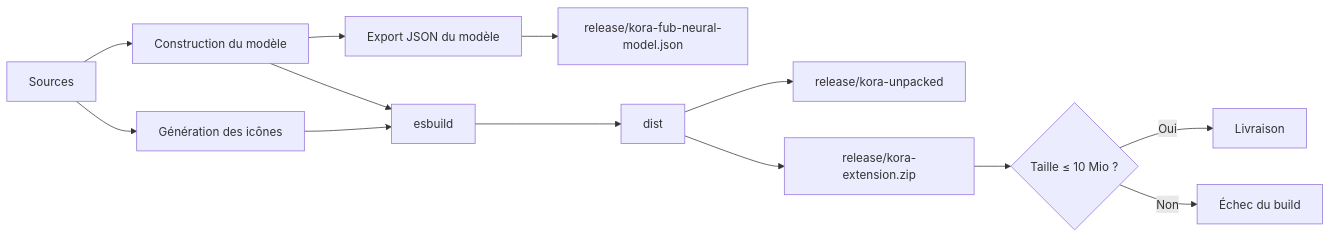
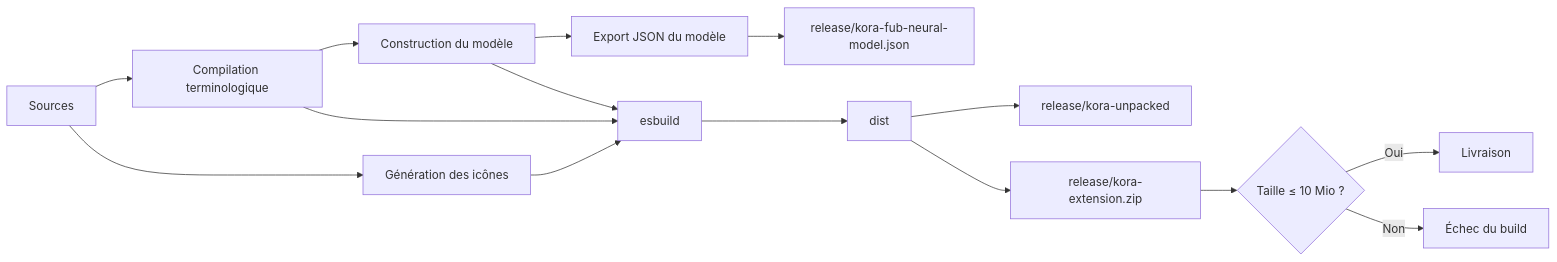
Before and after one commit to kaezerwatto/KORA: the seventh of 7 diagrams in docs/ARCHITECTURE.md, drawn with Mermaid. The commit also changed other lines of this file and 48 other files, not shown here.

````diff
--- a/docs/ARCHITECTURE.md
+++ b/docs/ARCHITECTURE.md
@@ -216,15 +238,17 @@
 ```mermaid
 flowchart LR
-    S[Sources] --> M[Construction du modèle]
+    S[Sources] --> T[Compilation terminologique]
+    T --> M[Construction du modèle]
+    T --> B[esbuild]
     S --> I[Génération des icônes]
     M --> E[Export JSON du modèle]
     M --> B[esbuild]
     I --> B
     B --> D[dist]
     D --> U[release/kora-unpacked]
     D --> Z[release/kora-extension.zip]
     E --> J[release/kora-fub-neural-model.json]
     Z --> Q{Taille ≤ 10 Mio ?}
     Q -->|Oui| R[Livraison]
     Q -->|Non| X[Échec du build]
 ```
````
